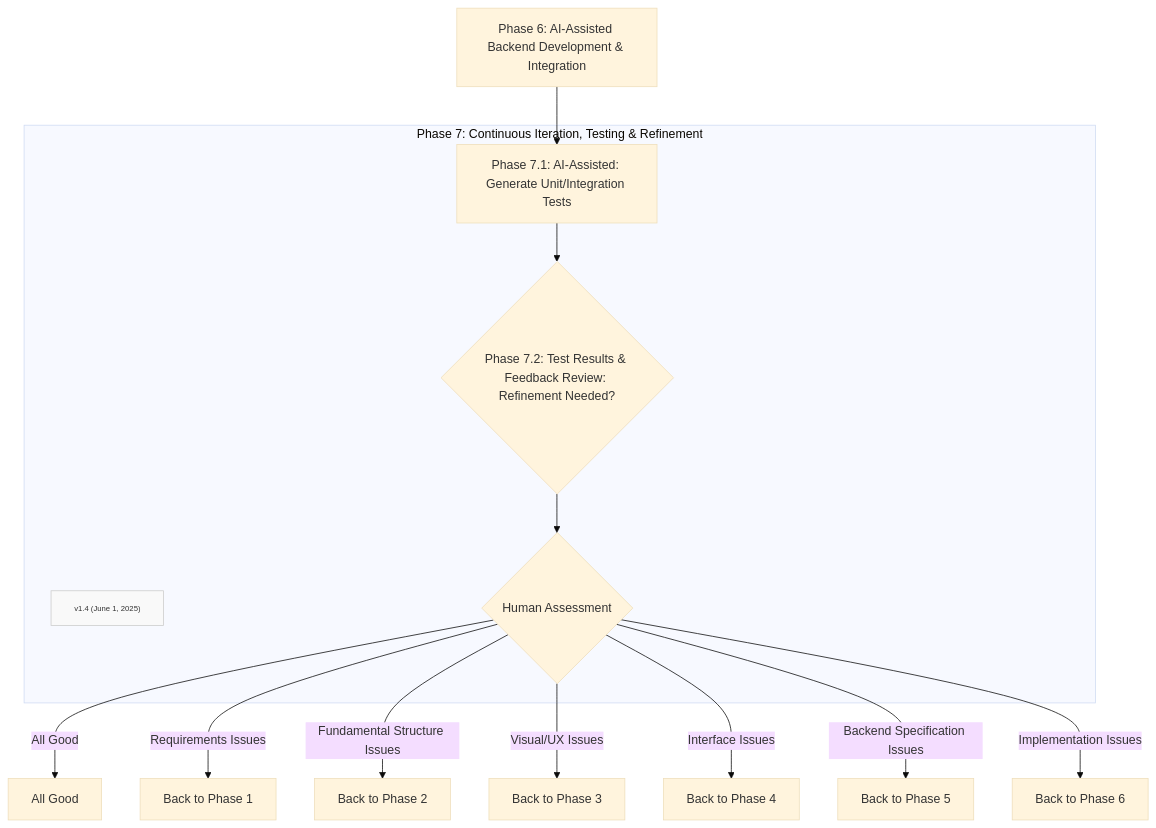
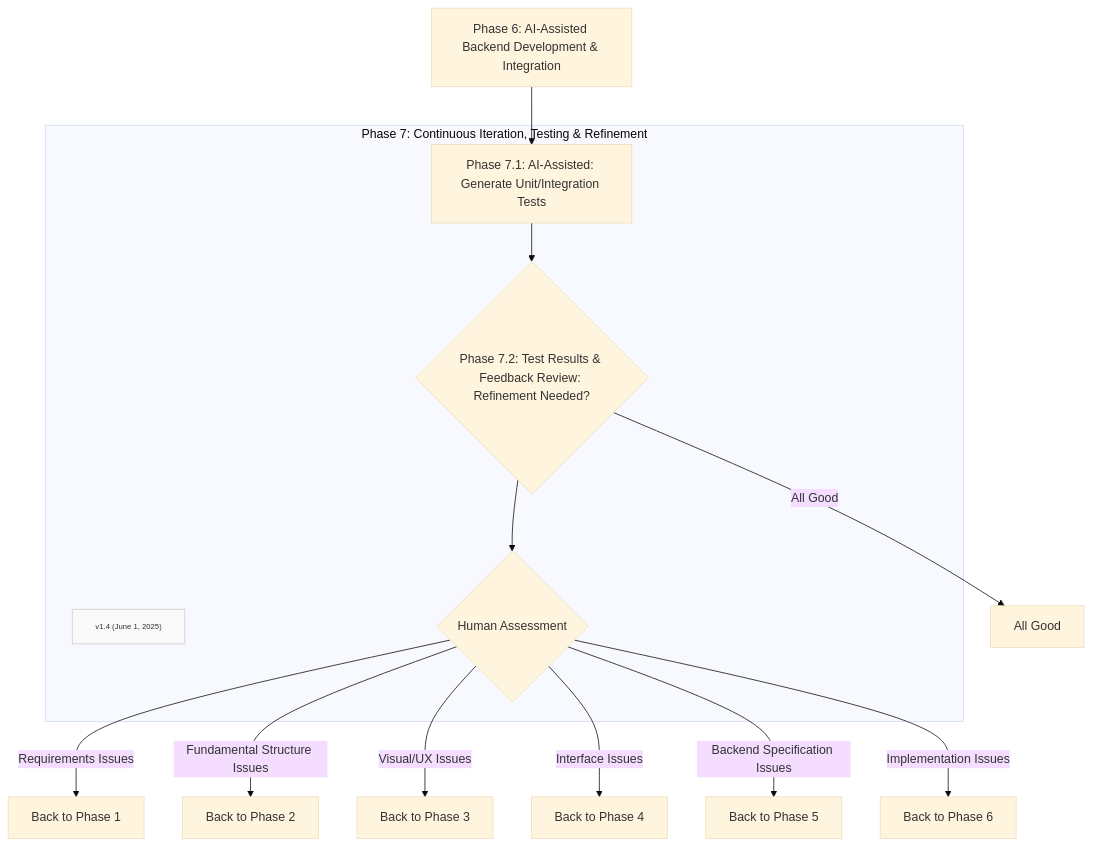
The diagram in Method/FF-phase7.md (Mharbulous/Front-First-Method), drawn with Mermaid (base theme) before and after one commit.

Commit message:
refinement

````diff
--- a/Method/FF-phase7.md
+++ b/Method/FF-phase7.md
@@ -1,22 +1,22 @@
 ```mermaid
 graph TD
     Phase6["Phase 6: AI-Assisted Backend Development & Integration"] --> Phase7_1
 
     subgraph Phase7 ["Phase 7: Continuous Iteration, Testing & Refinement"]
         Version["v1.4 (June 1, 2025)"]
         classDef version fill:#f9f9f9,stroke:#ccc,font-size:10px
         class Version version
         Phase7_1["Phase 7.1: AI-Assisted: Generate Unit/Integration Tests"] --> Phase7_2{"Phase 7.2: Test Results & Feedback Review: Refinement Needed?"} 
         Phase7_2 --> RefineDecision{"Human Assessment"}
         
     end
 
-RefineDecision -->  |All Good|AllGood["All Good"]       
+Phase7_2 -->  |All Good|AllGood["All Good"]       
 RefineDecision -->|Requirements Issues| Back2Phase1["Back to Phase 1"]
 RefineDecision -->|Fundamental Structure Issues| Back2Phase2["Back to Phase 2"]
 RefineDecision -->|Visual/UX Issues| Back2Phase3["Back to Phase 3"]
 RefineDecision -->|Interface Issues| Back2Phase4["Back to Phase 4"]
 RefineDecision -->|Backend Specification Issues| Back2Phase5["Back to Phase 5"]
 RefineDecision -->|Implementation Issues| Back2Phase6["Back to Phase 6"]
 
 ```
````
